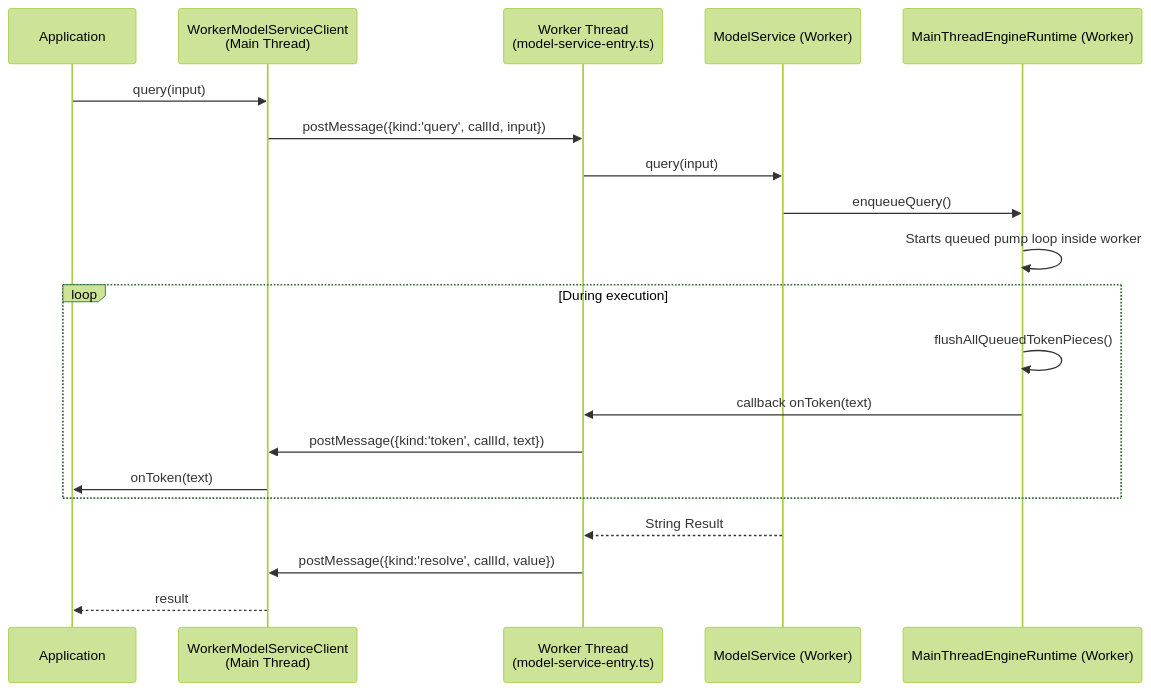
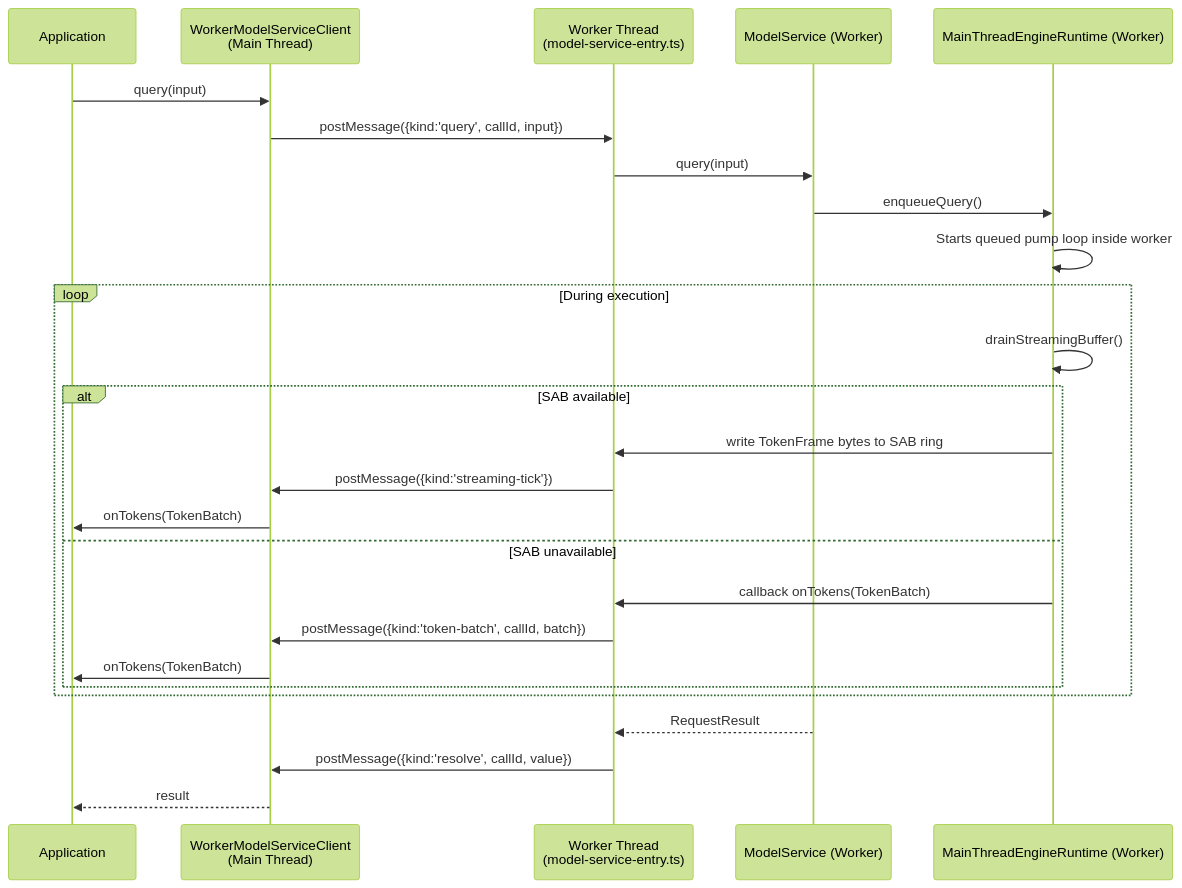
One commit to noumena-labs/Sipp changed the fourth of 6 diagrams in packages/cogentlm/docs/inference_system_design.md. Above: the diagram before and after it, drawn with Mermaid (forest theme). The commit also changed other lines of this file and 159 other files, not shown here.

````diff
--- a/packages/cogentlm/docs/inference_system_design.md
+++ b/packages/cogentlm/docs/inference_system_design.md
@@ -197,25 +197,31 @@
 ```mermaid
 sequenceDiagram
     participant App as Application
     participant WMSC as WorkerModelServiceClient<br/>(Main Thread)
     participant Worker as Worker Thread<br/>(model-service-entry.ts)
     participant MS as ModelService (Worker)
     participant RT as MainThreadEngineRuntime (Worker)
 
     App->>WMSC: query(input)
     WMSC->>Worker: postMessage({kind:'query', callId, input})
     Worker->>MS: query(input)
     MS->>RT: enqueueQuery()
     RT->>RT: Starts queued pump loop inside worker
     
     loop During execution
-        RT->>RT: flushAllQueuedTokenPieces()
-        RT->>Worker: callback onToken(text)
-        Worker->>WMSC: postMessage({kind:'token', callId, text})
-        WMSC->>App: onToken(text)
+        RT->>RT: drainStreamingBuffer()
+        alt SAB available
+            RT->>Worker: write TokenFrame bytes to SAB ring
+            Worker->>WMSC: postMessage({kind:'streaming-tick'})
+            WMSC->>App: onTokens(TokenBatch)
+        else SAB unavailable
+            RT->>Worker: callback onTokens(TokenBatch)
+            Worker->>WMSC: postMessage({kind:'token-batch', callId, batch})
+            WMSC->>App: onTokens(TokenBatch)
+        end
     end
     
-    MS-->>Worker: String Result
+    MS-->>Worker: RequestResult
     Worker->>WMSC: postMessage({kind:'resolve', callId, value})
     WMSC-->>App: result
 ```
````
